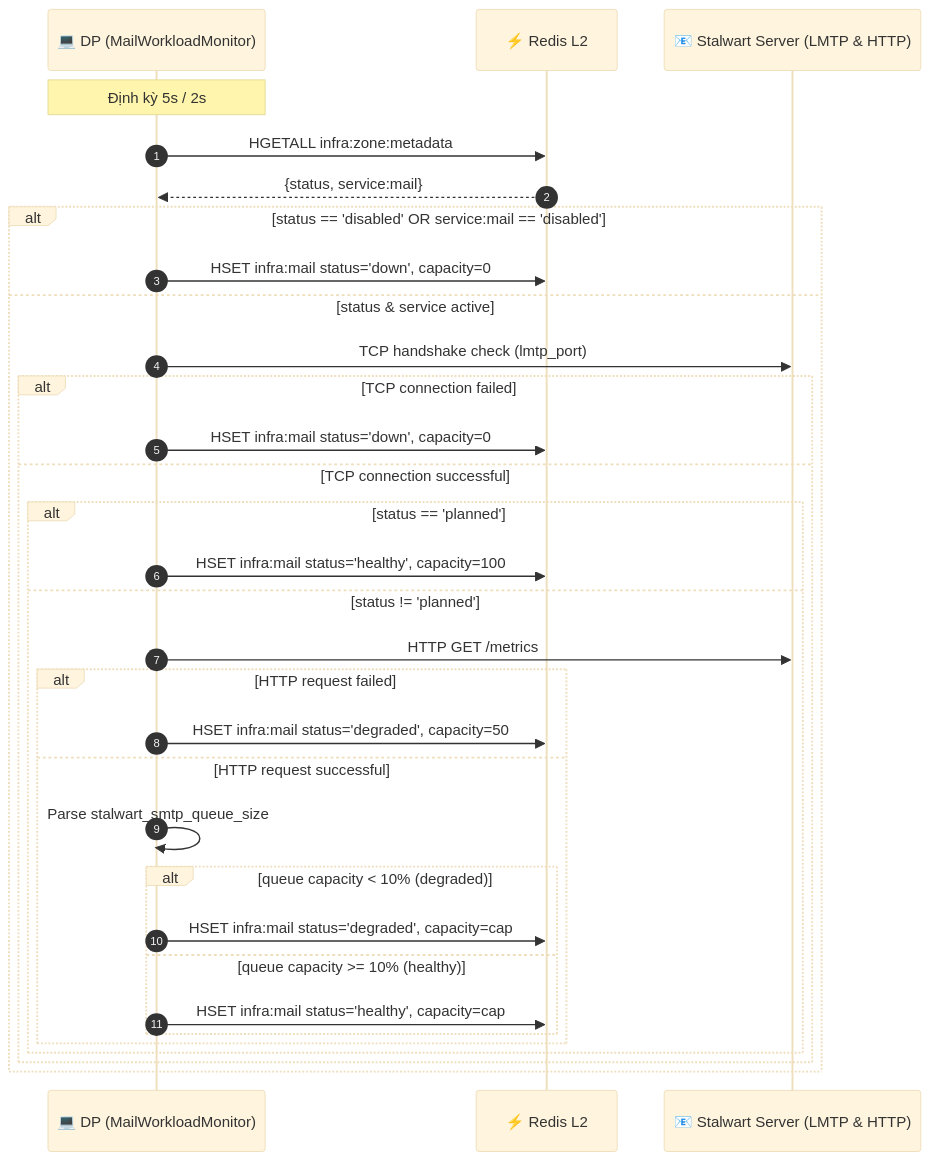
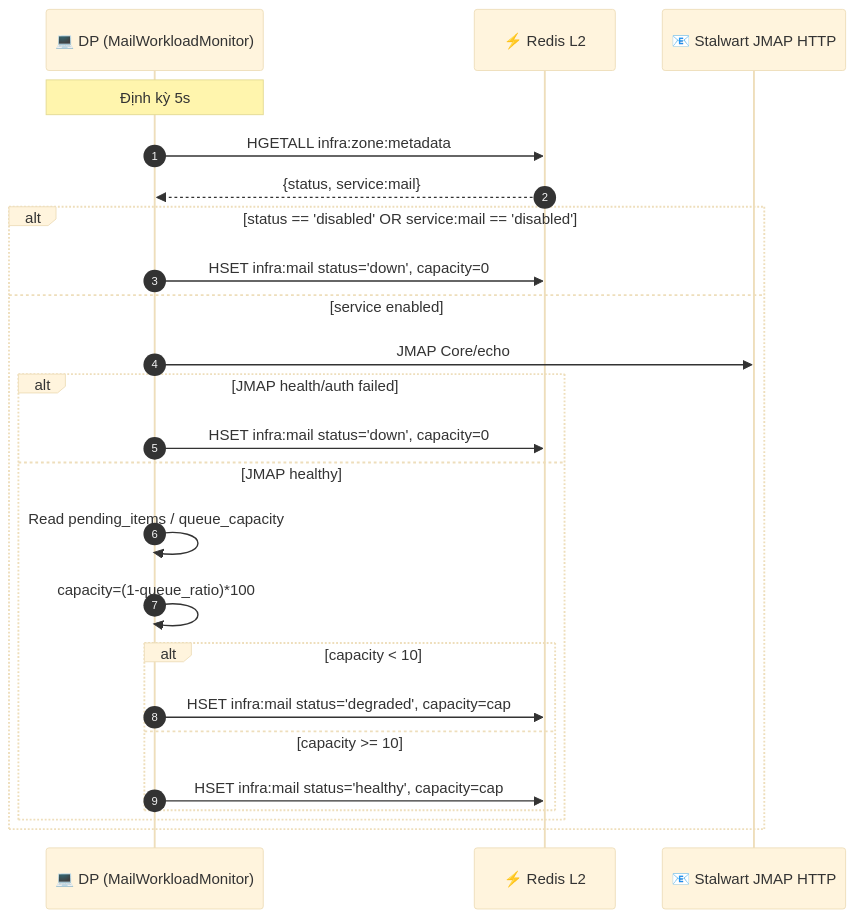
One commit to phucle996/aurora changed diagram 16 of 21 in god_view/hierarchy/zone_lifecycle_god_view.md. Above: the diagram before and after it, drawn with Mermaid (base theme). The commit also changed other lines of this file and 56 other files, not shown here.

Commit message:
feat: replace LMTP mail transport with JMAP-based batch executor and add wallet provisioning inbox support.

````diff
--- a/god_view/hierarchy/zone_lifecycle_god_view.md
+++ b/god_view/hierarchy/zone_lifecycle_god_view.md
@@ -845,36 +846,28 @@
 ```mermaid
 sequenceDiagram
     autonumber
     participant DP as 💻 DP (MailWorkloadMonitor)
     participant L2 as ⚡ Redis L2
-    participant SW as 📧 Stalwart Server (LMTP & HTTP)
+    participant SW as 📧 Stalwart JMAP HTTP
 
-    Note over DP: Định kỳ 5s / 2s
+    Note over DP: Định kỳ 5s
     DP->>L2: HGETALL infra:zone:metadata
     L2-->>DP: {status, service:mail}
 
     alt status == 'disabled' OR service:mail == 'disabled'
         DP->>L2: HSET infra:mail status='down', capacity=0
-    else status & service active
-        DP->>SW: TCP handshake check (lmtp_port)
-        alt TCP connection failed
+    else service enabled
+        DP->>SW: JMAP Core/echo
+        alt JMAP health/auth failed
             DP->>L2: HSET infra:mail status='down', capacity=0
-        else TCP connection successful
-            alt status == 'planned'
-                DP->>L2: HSET infra:mail status='healthy', capacity=100
-            else status != 'planned'
-                DP->>SW: HTTP GET /metrics
-                alt HTTP request failed
-                    DP->>L2: HSET infra:mail status='degraded', capacity=50
-                else HTTP request successful
-                    DP->>DP: Parse stalwart_smtp_queue_size
-                    alt queue capacity < 10% (degraded)
-                        DP->>L2: HSET infra:mail status='degraded', capacity=cap
-                    else queue capacity >= 10% (healthy)
-                        DP->>L2: HSET infra:mail status='healthy', capacity=cap
-                    end
-                end
+        else JMAP healthy
+            DP->>DP: Read pending_items / queue_capacity
+            DP->>DP: capacity=(1-queue_ratio)*100
+            alt capacity < 10
+                DP->>L2: HSET infra:mail status='degraded', capacity=cap
+            else capacity >= 10
+                DP->>L2: HSET infra:mail status='healthy', capacity=cap
             end
         end
     end
 ```
````
